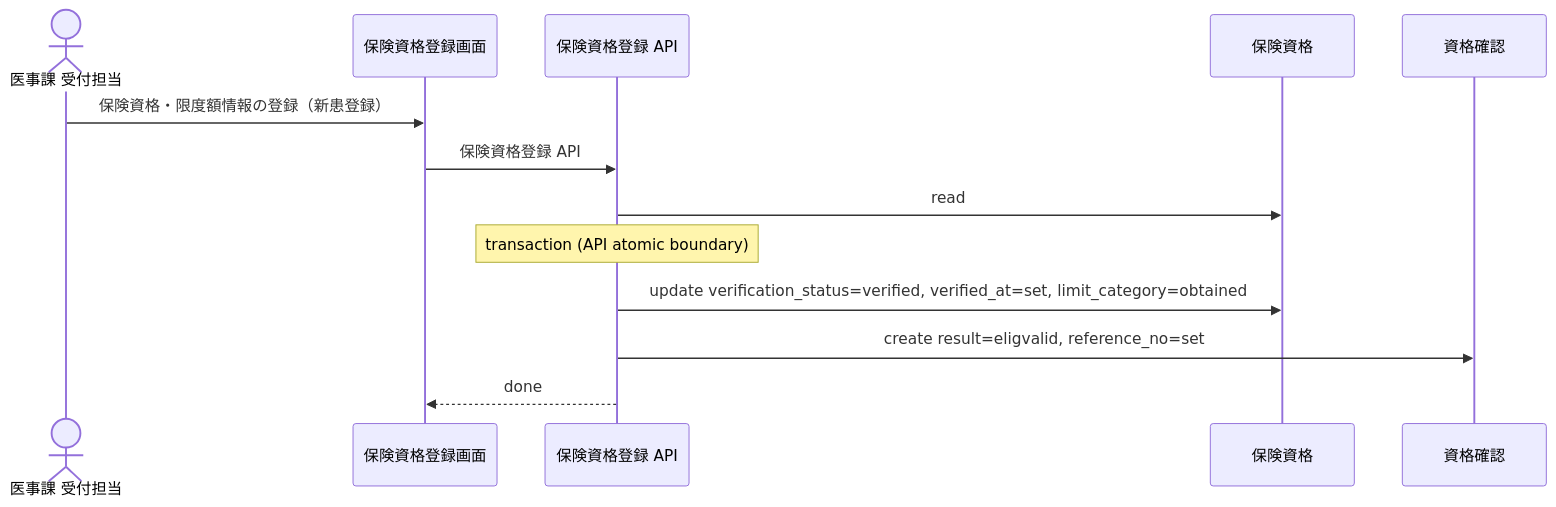
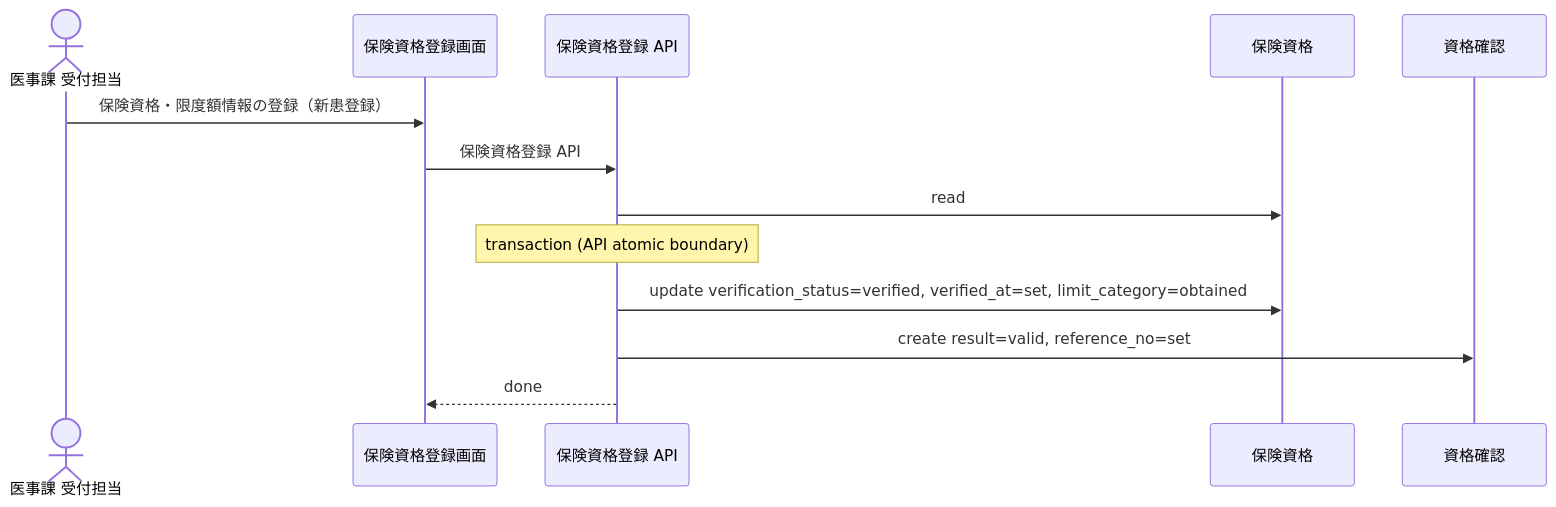
One commit to manji-0/rdra-ish-dsl changed the diagram in samples/clinic-ops/out/uc/sequence_VerifyInsurance.mmd. Above: the diagram before and after it, drawn with Mermaid. The commit also changed 60 other files, not shown here.

```diff
--- a/samples/clinic-ops/out/uc/sequence_VerifyInsurance.mmd
+++ b/samples/clinic-ops/out/uc/sequence_VerifyInsurance.mmd
@@ -1,16 +1,16 @@
 %% rdra-ish diagram=sequence scope=usecase:VerifyInsurance model=samples/clinic-ops
 %% kinds: actor screen api entity
 %% omitted: buc step medium permission
 sequenceDiagram
   actor actor__ReceptionClerk as 医事課 受付担当
   participant screen__InsuranceScreen as 保険資格登録画面
   participant api__EligibilityApi as 保険資格登録 API
   participant entity__InsurancePolicy as 保険資格
   participant entity__EligibilityCheck as 資格確認
   actor__ReceptionClerk ->> screen__InsuranceScreen: 保険資格・限度額情報の登録（新患登録）
   screen__InsuranceScreen ->> api__EligibilityApi: 保険資格登録 API
   api__EligibilityApi ->> entity__InsurancePolicy: read
   Note over api__EligibilityApi: transaction (API atomic boundary)
   api__EligibilityApi ->> entity__InsurancePolicy: update verification_status=verified, verified_at=set, limit_category=obtained
-  api__EligibilityApi ->> entity__EligibilityCheck: create result=eligvalid, reference_no=set
+  api__EligibilityApi ->> entity__EligibilityCheck: create result=valid, reference_no=set
   api__EligibilityApi -->> screen__InsuranceScreen: done
```
